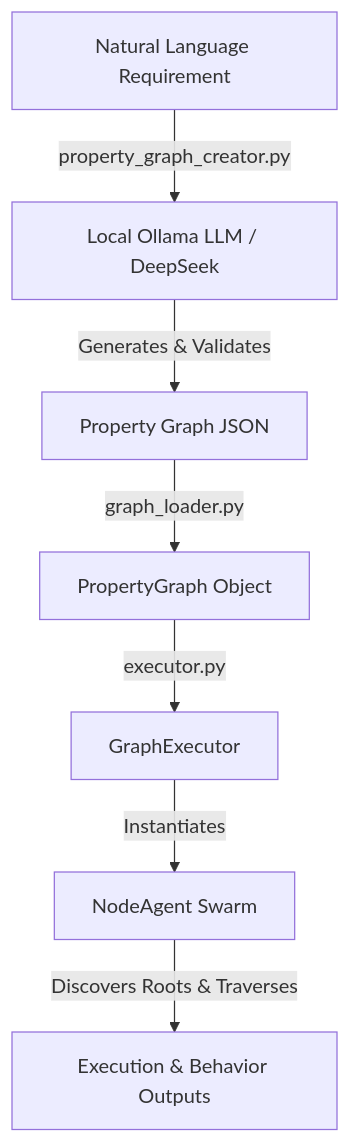
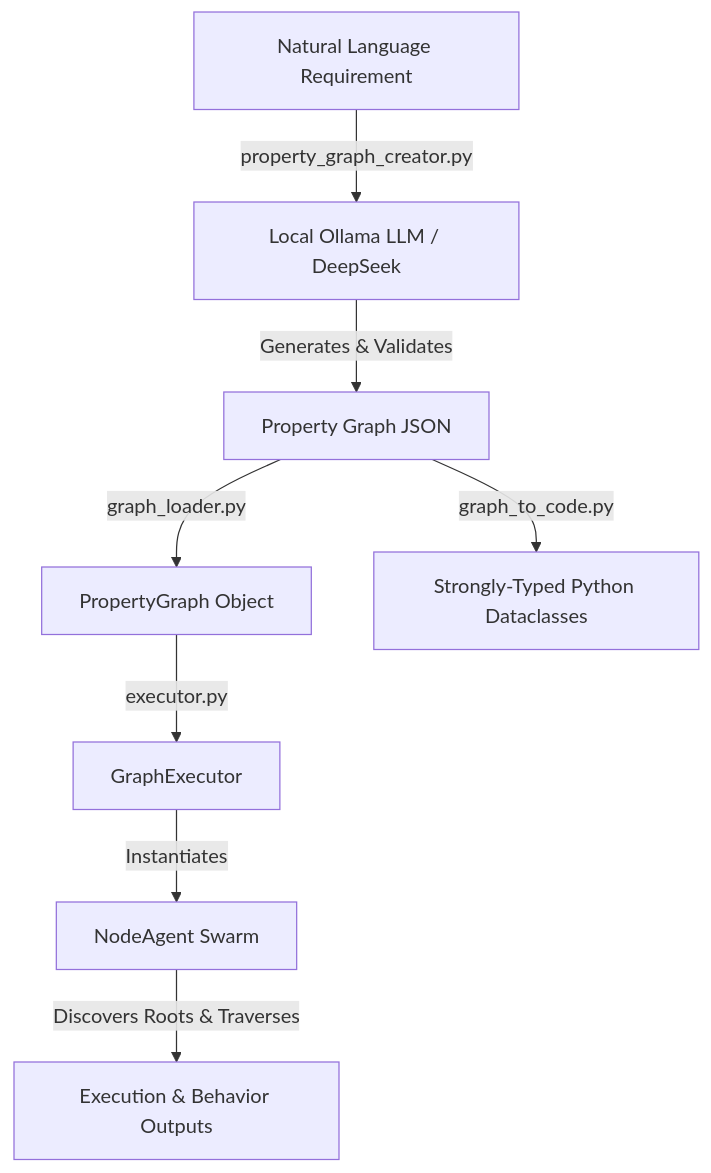
The diagram in README.md (ranchimall/PropertyGraphSwarm), drawn with Mermaid before and after one commit. The commit also changed other lines of this file, not shown here.

````diff
--- a/README.md
+++ b/README.md
@@ -24,9 +23,10 @@
 ```mermaid
 flowchart TD
     A[Natural Language Requirement] -->|property_graph_creator.py| B[Local Ollama LLM / DeepSeek]
     B -->|Generates & Validates| C[Property Graph JSON]
     C -->|graph_loader.py| D[PropertyGraph Object]
-    D -->|executor.py| E[GraphExecutor]
-    E -->|Instantiates| F[NodeAgent Swarm]
-    F -->|Discovers Roots & Traverses| G[Execution & Behavior Outputs]
+    C -->|graph_to_code.py| E[Strongly-Typed Python Dataclasses]
+    D -->|executor.py| F[GraphExecutor]
+    F -->|Instantiates| G[NodeAgent Swarm]
+    G -->|Discovers Roots & Traverses| H[Execution & Behavior Outputs]
 ```
````
